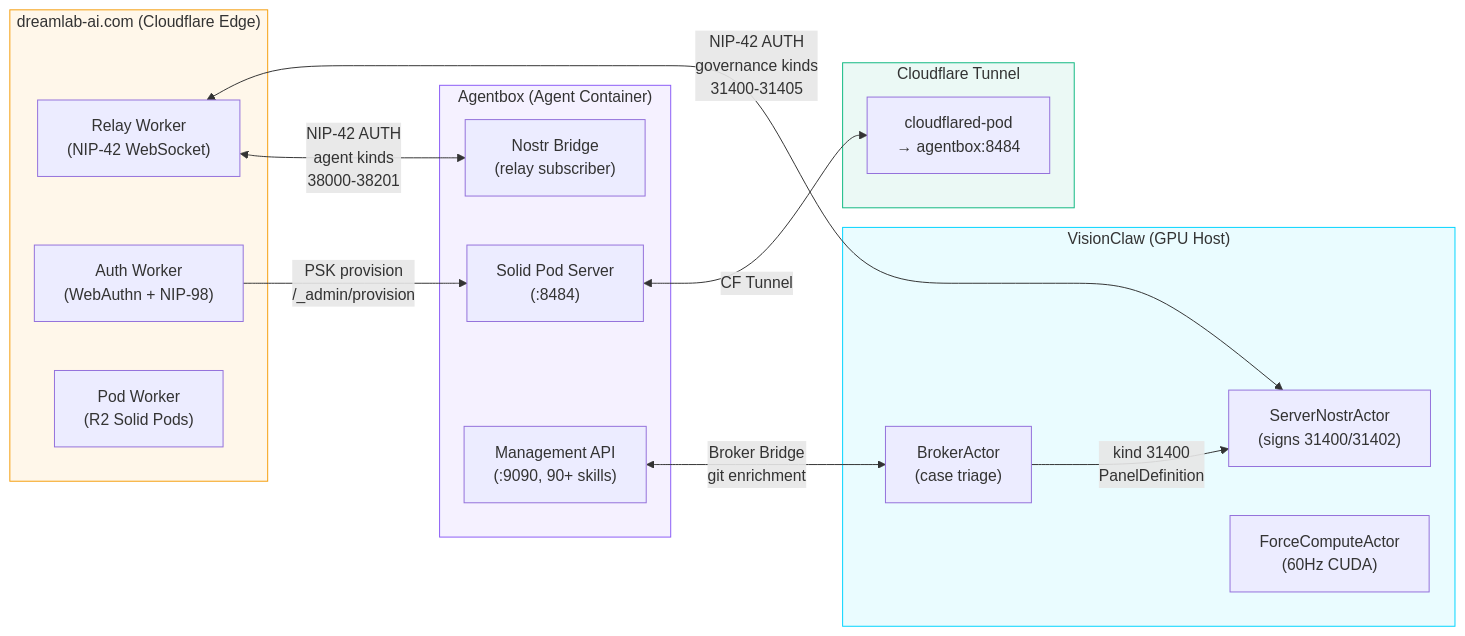
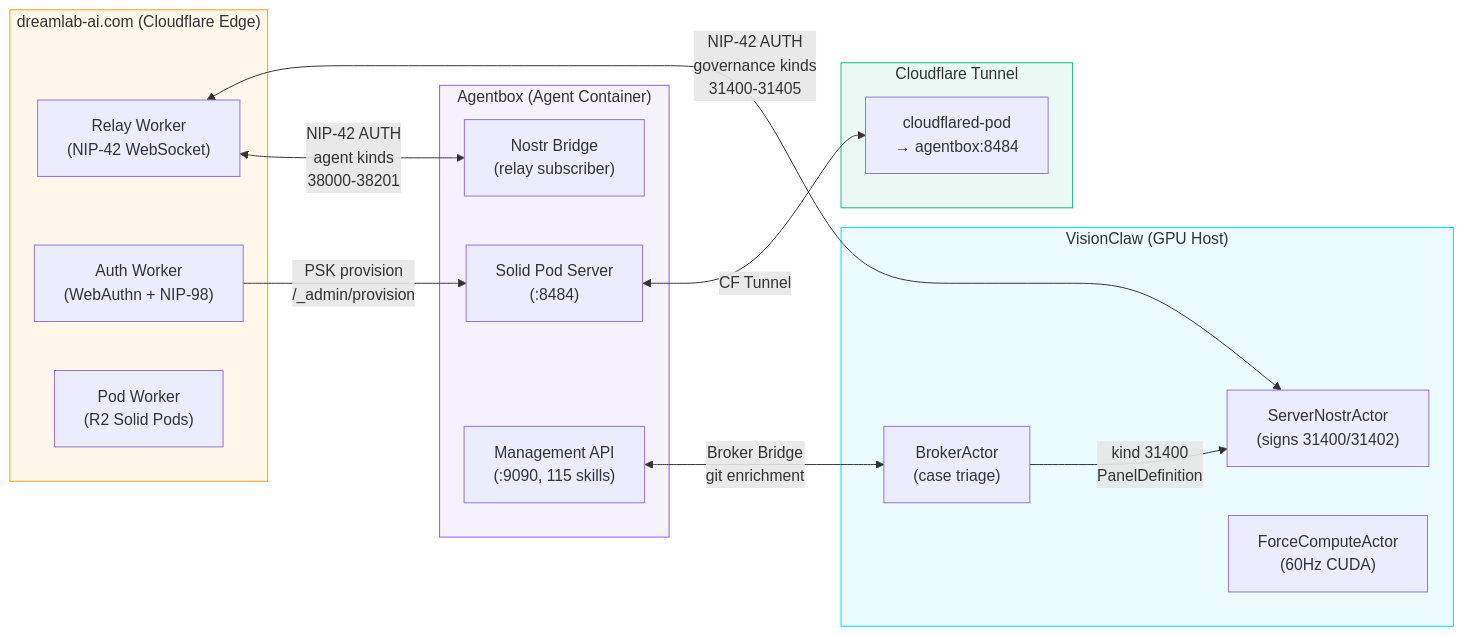
Before and after one commit to DreamLab-AI/VisionFlow: the fifth of 10 diagrams in README.md, drawn with Mermaid. The commit also changed other lines of this file and 17 other files, not shown here.

````diff
--- a/README.md
+++ b/README.md
@@ -378,36 +378,36 @@
 ```mermaid
 flowchart LR
     subgraph SITE["dreamlab-ai.com (Cloudflare Edge)"]
         RW["Relay Worker\n(NIP-42 WebSocket)"]
         AW["Auth Worker\n(WebAuthn + NIP-98)"]
         PW["Pod Worker\n(R2 Solid Pods)"]
     end
 
     subgraph VC_HOST["VisionClaw (GPU Host)"]
         BA["BrokerActor\n(case triage)"]
         SNA["ServerNostrActor\n(signs 31400/31402)"]
         PHYSICS["ForceComputeActor\n(60Hz CUDA)"]
     end
 
     subgraph AB_HOST["Agentbox (Agent Container)"]
         NB["Nostr Bridge\n(relay subscriber)"]
         SP["Solid Pod Server\n(:8484)"]
-        MA["Management API\n(:9090, 90+ skills)"]
+        MA["Management API\n(:9090, 115 skills)"]
     end
 
     subgraph TUNNEL["Cloudflare Tunnel"]
         CFT["cloudflared-pod\n→ agentbox:8484"]
     end
 
     RW <-->|"NIP-42 AUTH\ngovernance kinds\n31400-31405"| SNA
     RW <-->|"NIP-42 AUTH\nagent kinds\n38000-38201"| NB
     BA -->|"kind 31400\nPanelDefinition"| SNA
     AW -->|"PSK provision\n/_admin/provision"| SP
     SP <-->|"CF Tunnel"| CFT
     MA <-->|"Broker Bridge\ngit enrichment"| BA
 
     style SITE fill:#f59e0b15,stroke:#f59e0b
     style VC_HOST fill:#00d4ff15,stroke:#00d4ff
     style AB_HOST fill:#8b5cf615,stroke:#8b5cf6
     style TUNNEL fill:#10b98115,stroke:#10b981
 ```
````
